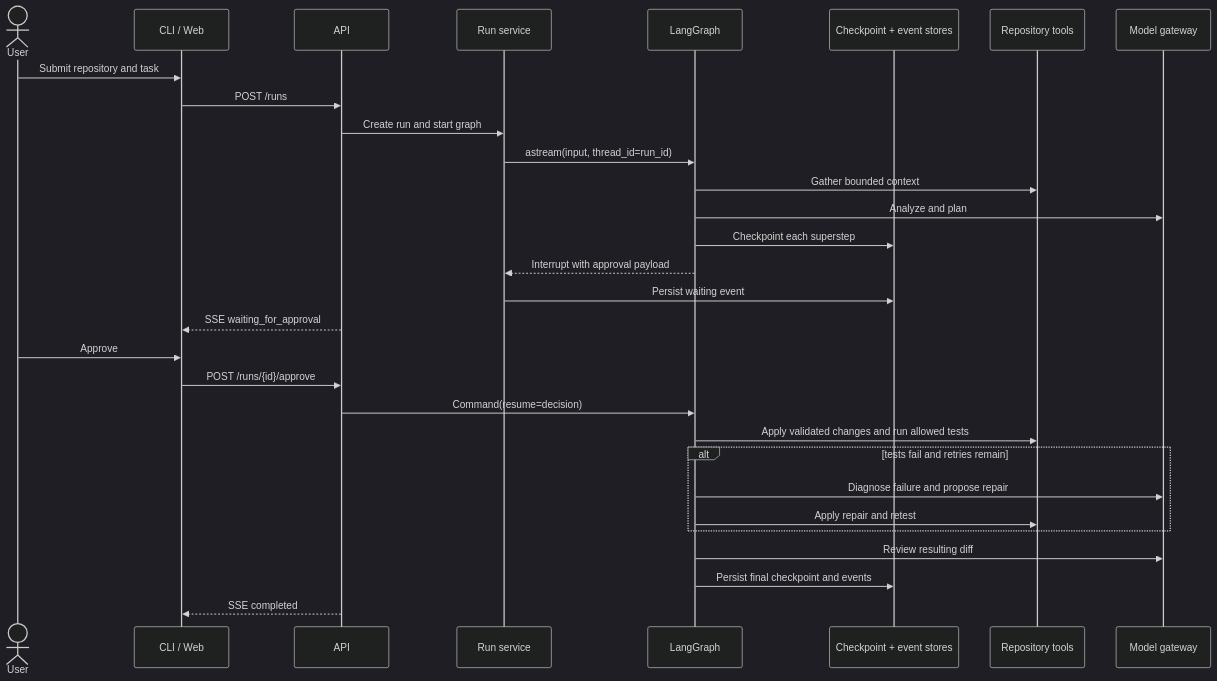
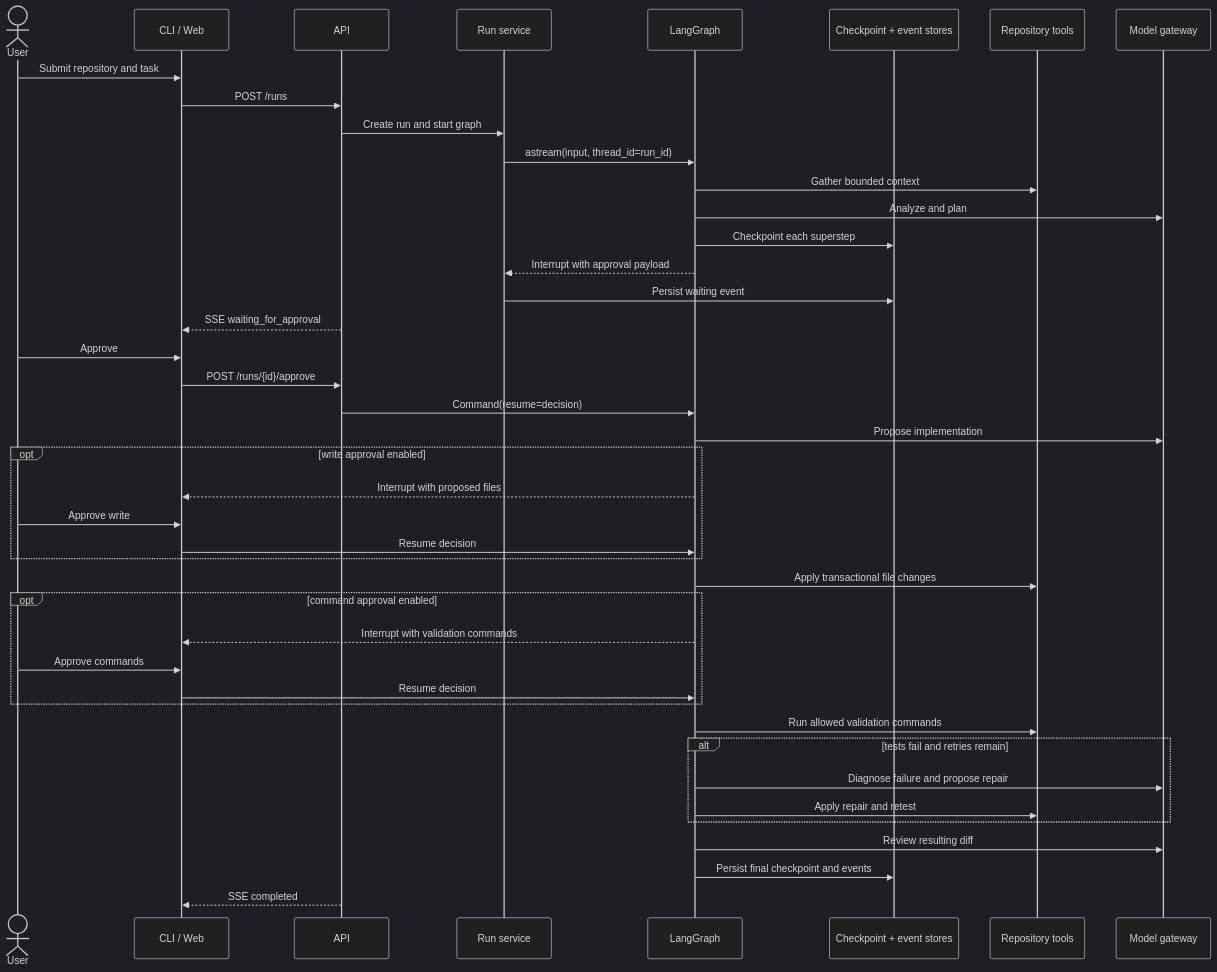
The third of 3 diagrams in docs/architecture.md (chasesaurabh/taskpilot-ai), drawn with Mermaid (dark theme) before and after one commit. The commit also changed other lines of this file and 22 other files, not shown here.

````diff
--- a/docs/architecture.md
+++ b/docs/architecture.md
@@ -90,33 +90,45 @@
 ```mermaid
 sequenceDiagram
     actor User
     participant Client as CLI / Web
     participant API
     participant Runs as Run service
     participant Graph as LangGraph
     participant DB as Checkpoint + event stores
     participant Repo as Repository tools
     participant Model as Model gateway
 
     User->>Client: Submit repository and task
     Client->>API: POST /runs
     API->>Runs: Create run and start graph
     Runs->>Graph: astream(input, thread_id=run_id)
     Graph->>Repo: Gather bounded context
     Graph->>Model: Analyze and plan
     Graph->>DB: Checkpoint each superstep
     Graph-->>Runs: Interrupt with approval payload
     Runs->>DB: Persist waiting event
     API-->>Client: SSE waiting_for_approval
     User->>Client: Approve
     Client->>API: POST /runs/{id}/approve
     API->>Graph: Command(resume=decision)
-    Graph->>Repo: Apply validated changes and run allowed tests
+    Graph->>Model: Propose implementation
+    opt write approval enabled
+        Graph-->>Client: Interrupt with proposed files
+        User->>Client: Approve write
+        Client->>Graph: Resume decision
+    end
+    Graph->>Repo: Apply transactional file changes
+    opt command approval enabled
+        Graph-->>Client: Interrupt with validation commands
+        User->>Client: Approve commands
+        Client->>Graph: Resume decision
+    end
+    Graph->>Repo: Run allowed validation commands
     alt tests fail and retries remain
         Graph->>Model: Diagnose failure and propose repair
         Graph->>Repo: Apply repair and retest
     end
     Graph->>Model: Review resulting diff
     Graph->>DB: Persist final checkpoint and events
     API-->>Client: SSE completed
 ```
````
